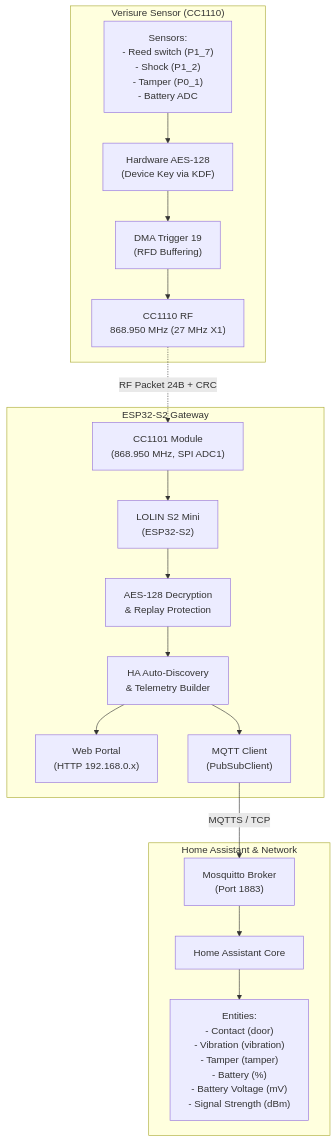
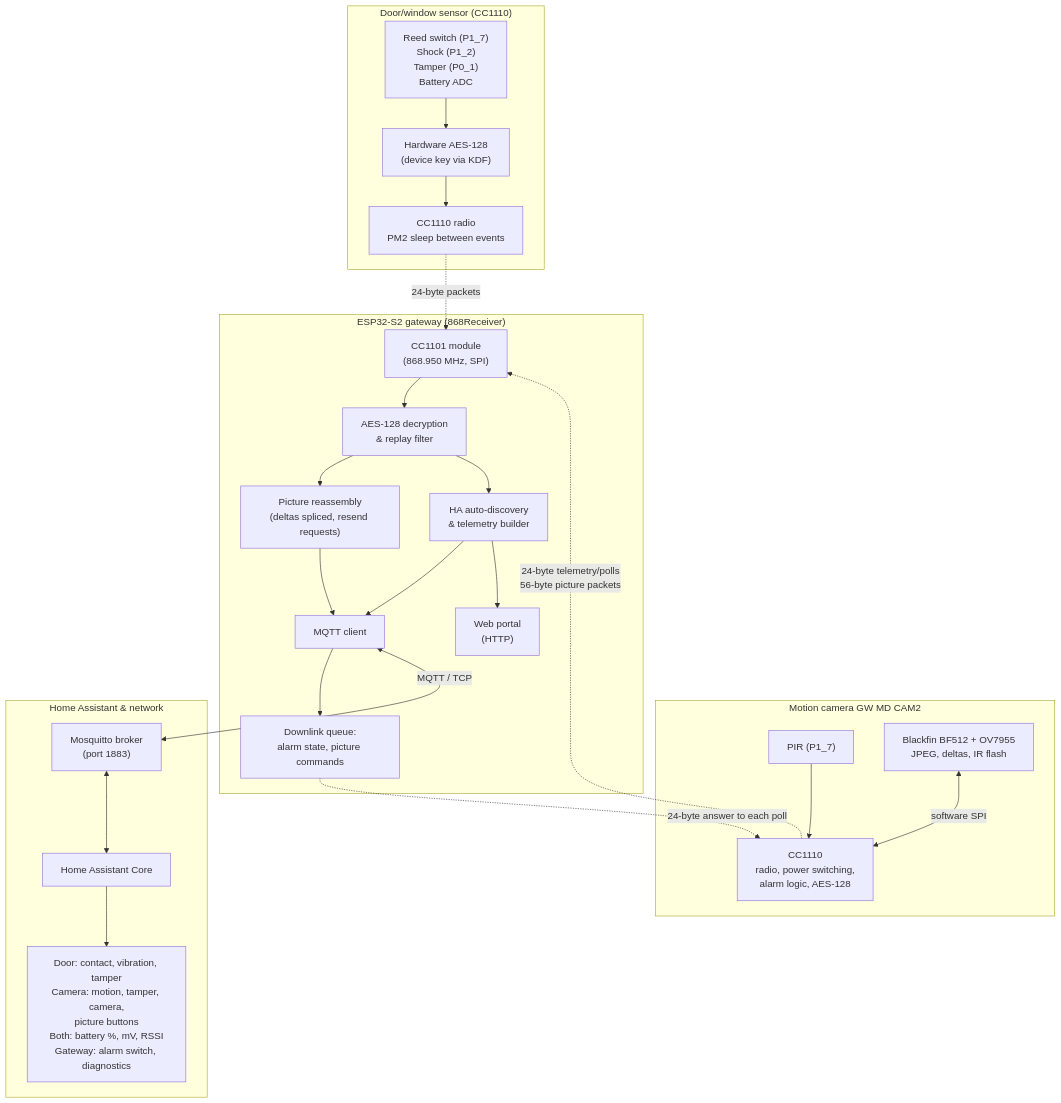
Before and after one commit to BonBear/open-verisure: the diagram in documentation/README.md, drawn with Mermaid. The commit also changed other lines of this file and 3 other files, not shown here.

First line of the commit message:
docs: architecture, MQTT and flasher diagrams cover the camera too

````diff
--- a/documentation/README.md
+++ b/documentation/README.md
@@ -21,24 +21,52 @@
 ```mermaid
 flowchart TD
-    subgraph SENSOR["Verisure Sensor (CC1110)"]
-        Sensors["Sensors:\n- Reed switch (P1_7)\n- Shock (P1_2)\n- Tamper (P0_1)\n- Battery ADC"] --> AES["Hardware AES-128\n(Device Key via KDF)"]
-        AES --> DMA["DMA Trigger 19\n(RFD Buffering)"]
-        DMA --> RadioTX["CC1110 RF\n868.950 MHz (27 MHz X1)"]
+    subgraph DOOR["Door/window sensor (CC1110)"]
+        DS["Reed switch (P1_7)
+Shock (P1_2)
+Tamper (P0_1)
+Battery ADC"] --> DAES["Hardware AES-128
+(device key via KDF)"]
+        DAES --> DTX["CC1110 radio
+PM2 sleep between events"]
     end
 
-    subgraph GW["ESP32-S2 Gateway"]
-        RadioRX["CC1101 Module\n(868.950 MHz, SPI ADC1)"] --> S2MCU["LOLIN S2 Mini\n(ESP32-S2)"]
-        S2MCU --> Decrypt["AES-128 Decryption\n& Replay Protection"]
-        Decrypt --> Discovery["HA Auto-Discovery\n& Telemetry Builder"]
-        Discovery --> WebDash["Web Portal\n(HTTP 192.168.0.x)"]
-        Discovery --> MQTTClient["MQTT Client\n(PubSubClient)"]
+    subgraph CAM["Motion camera GW MD CAM2"]
+        PIR["PIR (P1_7)"] --> CCC["CC1110
+radio, power switching,
+alarm logic, AES-128"]
+        BF["Blackfin BF512 + OV7955
+JPEG, deltas, IR flash"] <-->|"software SPI"| CCC
     end
 
-    subgraph HA["Home Assistant & Network"]
-        Broker["Mosquitto Broker\n(Port 1883)"] --> HA_Core["Home Assistant Core"]
-        HA_Core --> Entities["Entities:\n- Contact (door)\n- Vibration (vibration)\n- Tamper (tamper)\n- Battery (%)\n- Battery Voltage (mV)\n- Signal Strength (dBm)"]
+    subgraph GW["ESP32-S2 gateway (868Receiver)"]
+        RadioRX["CC1101 module
+(868.950 MHz, SPI)"] --> Decrypt["AES-128 decryption
+& replay filter"]
+        Decrypt --> IMG["Picture reassembly
+(deltas spliced, resend requests)"]
+        Decrypt --> Discovery["HA auto-discovery
+& telemetry builder"]
+        IMG --> MQTTClient["MQTT client"]
+        Discovery --> MQTTClient
+        Discovery --> WebDash["Web portal
+(HTTP)"]
+        MQTTClient --> DL["Downlink queue:
+alarm state, picture commands"]
     end
 
-    RadioTX -.->|RF Packet 24B + CRC| RadioRX
-    MQTTClient -->|MQTTS / TCP| Broker
+    subgraph HA["Home Assistant & network"]
+        Broker["Mosquitto broker
+(port 1883)"] <--> HA_Core["Home Assistant Core"]
+        HA_Core --> Entities["Door: contact, vibration, tamper
+Camera: motion, tamper, camera,
+picture buttons
+Both: battery %, mV, RSSI
+Gateway: alarm switch, diagnostics"]
+    end
+
+    DTX -.->|"24-byte packets"| RadioRX
+    CCC -.->|"24-byte telemetry/polls
+56-byte picture packets"| RadioRX
+    DL -.->|"24-byte answer to each poll"| CCC
+    MQTTClient <-->|"MQTT / TCP"| Broker
 ```
````
